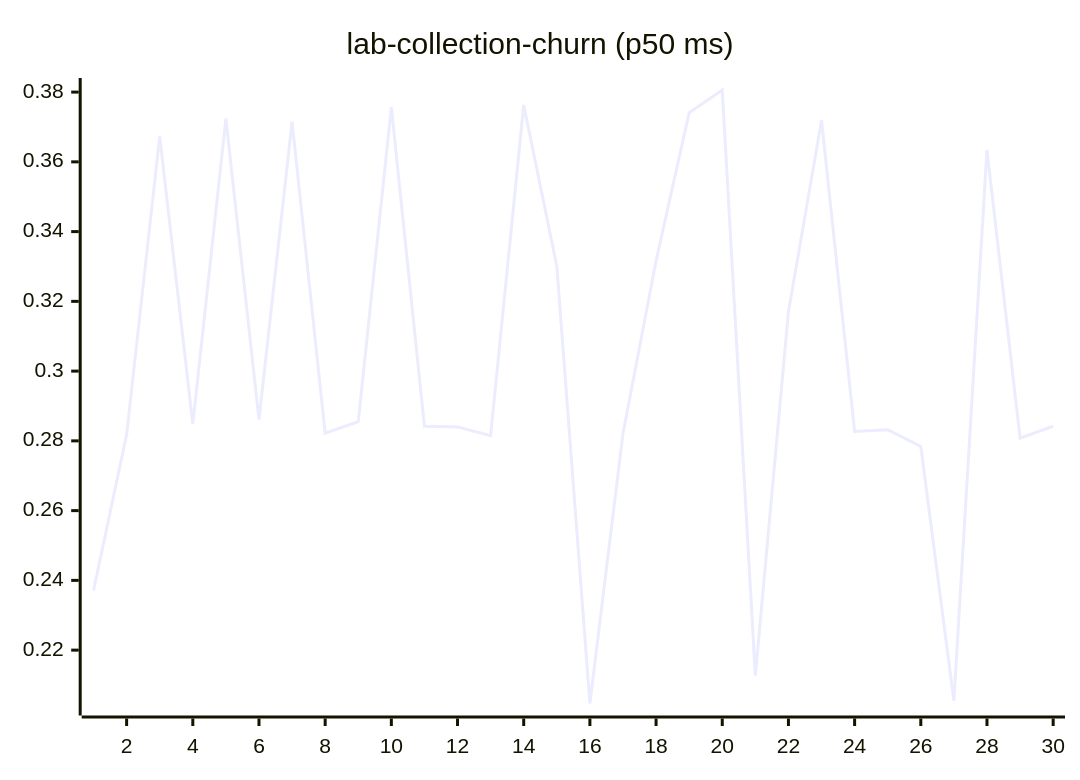
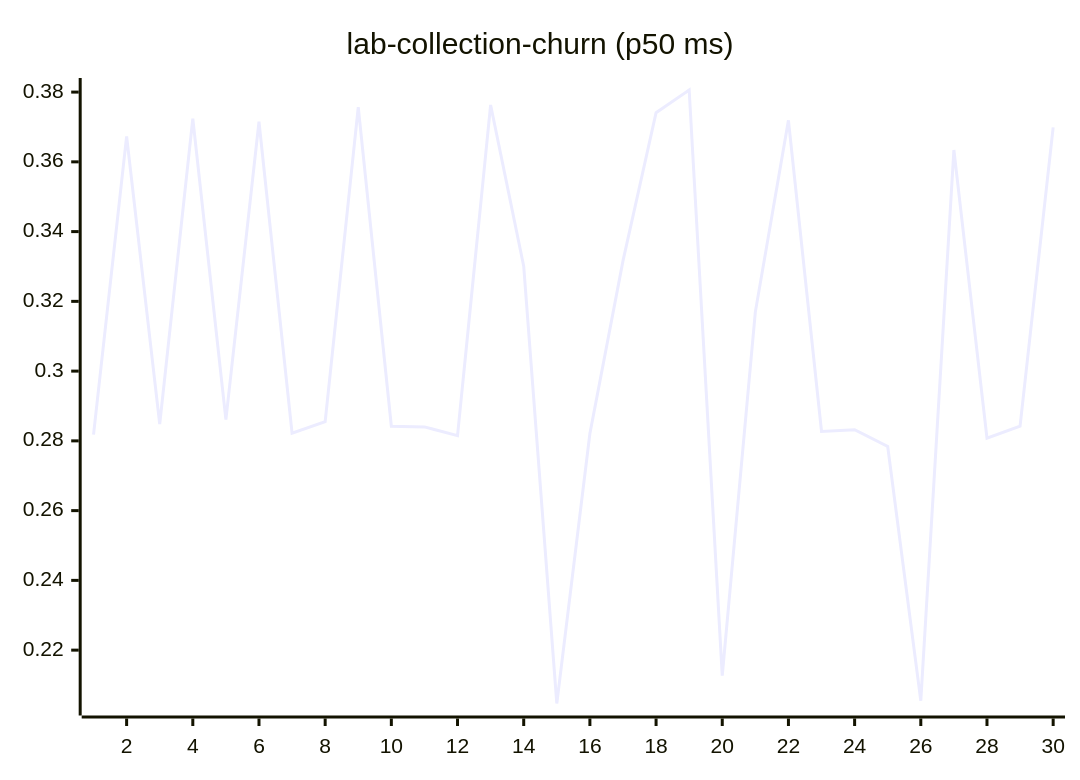
Before and after one commit to josha/Facet: diagram 11 of 27 in README.md, drawn with Mermaid. The commit also changed other lines of this file and 2 other files, not shown here.

````diff
--- a/README.md
+++ b/README.md
@@ -133,6 +133,6 @@
 ```mermaid
 xychart-beta
     title "lab-collection-churn (p50 ms)"
     x-axis 1 --> 30
-    line [0.2371, 0.2818, 0.3673, 0.2848, 0.3724, 0.2861, 0.3715, 0.2822, 0.2855, 0.3757, 0.2842, 0.2840, 0.2815, 0.3763, 0.3301, 0.2047, 0.2821, 0.3316, 0.3741, 0.3806, 0.2127, 0.3170, 0.3719, 0.2827, 0.2832, 0.2784, 0.2055, 0.3634, 0.2808, 0.2842]
+    line [0.2818, 0.3673, 0.2848, 0.3724, 0.2861, 0.3715, 0.2822, 0.2855, 0.3757, 0.2842, 0.2840, 0.2815, 0.3763, 0.3301, 0.2047, 0.2821, 0.3316, 0.3741, 0.3806, 0.2127, 0.3170, 0.3719, 0.2827, 0.2832, 0.2784, 0.2055, 0.3634, 0.2808, 0.2842, 0.3699]
 ```
````
